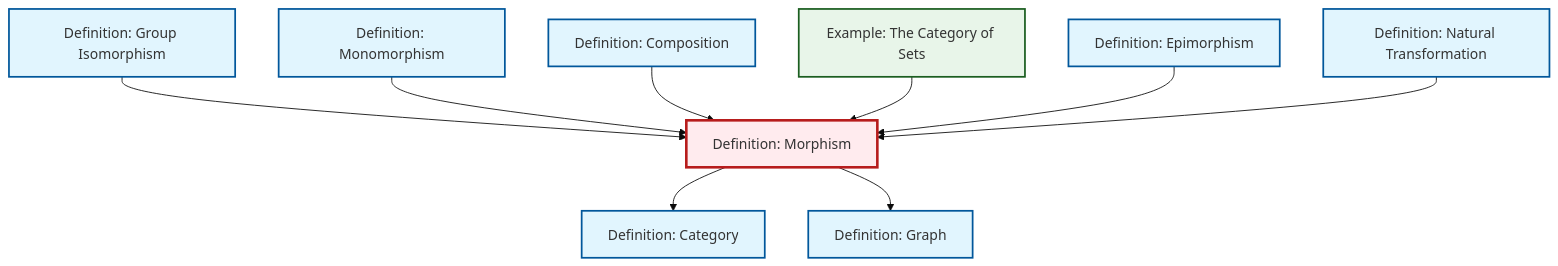
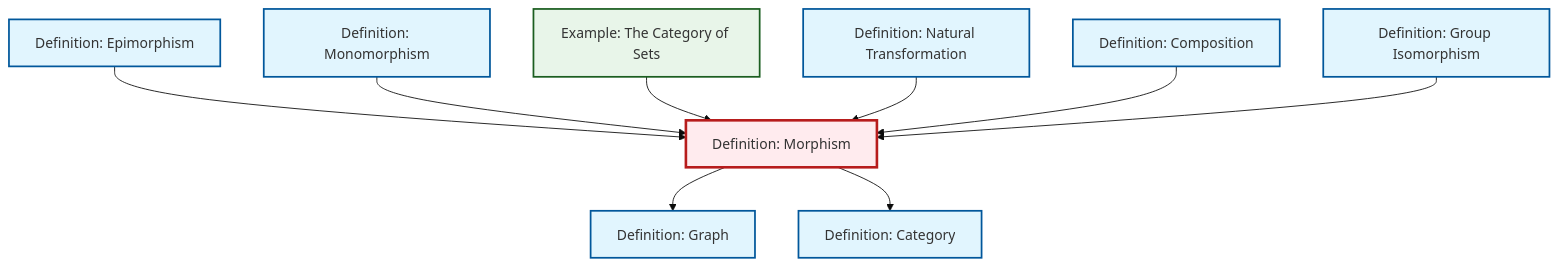
The diagram in content/en/category-theory/def-morphism.qmd (RK0429/ModernMath), drawn with Mermaid (base theme) before and after one commit. The commit also changed other lines of this file and 619 other files, not shown here.

````diff
--- a/content/en/category-theory/def-morphism.qmd
+++ b/content/en/category-theory/def-morphism.qmd
@@ -56,35 +56,35 @@
 ```{mermaid}
 %%| fig-cap: "Local dependency graph"
 graph TD
     classDef definition fill:#e1f5fe,stroke:#01579b,stroke-width:2px
     classDef theorem fill:#f3e5f5,stroke:#4a148c,stroke-width:2px
     classDef axiom fill:#fff3e0,stroke:#e65100,stroke-width:2px
     classDef example fill:#e8f5e9,stroke:#1b5e20,stroke-width:2px
     classDef current fill:#ffebee,stroke:#b71c1c,stroke-width:3px
+    def-composition["Definition: Composition"]:::definition
+    def-monomorphism["Definition: Monomorphism"]:::definition
+    ex-set-category["Example: The Category of Sets"]:::example
+    def-epimorphism["Definition: Epimorphism"]:::definition
+    def-morphism["Definition: Morphism"]:::definition
+    def-isomorphism["Definition: Group Isomorphism"]:::definition
     def-natural-transformation["Definition: Natural Transformation"]:::definition
-    def-epimorphism["Definition: Epimorphism"]:::definition
+    def-graph["Definition: Graph"]:::definition
     def-category["Definition: Category"]:::definition
-    def-isomorphism["Definition: Group Isomorphism"]:::definition
-    def-morphism["Definition: Morphism"]:::definition
-    def-monomorphism["Definition: Monomorphism"]:::definition
-    def-composition["Definition: Composition"]:::definition
-    def-graph["Definition: Graph"]:::definition
-    ex-set-category["Example: The Category of Sets"]:::example
-    def-isomorphism --> def-morphism
+    def-epimorphism --> def-morphism
+    def-morphism --> def-graph
     def-monomorphism --> def-morphism
+    ex-set-category --> def-morphism
+    def-natural-transformation --> def-morphism
     def-composition --> def-morphism
     def-morphism --> def-category
-    ex-set-category --> def-morphism
-    def-morphism --> def-graph
-    def-epimorphism --> def-morphism
-    def-natural-transformation --> def-morphism
+    def-isomorphism --> def-morphism
     class def-morphism current
+    click def-composition "def-composition.html" "Go to Composition definition"
+    click def-monomorphism "def-monomorphism.html" "Go to Monomorphism definition"
+    click ex-set-category "ex-set-category.html" "Go to The Category of Sets example"
+    click def-epimorphism "def-epimorphism.html" "Go to Epimorphism definition"
+    click def-isomorphism "def-isomorphism.html" "Go to Group Isomorphism definition"
     click def-natural-transformation "def-natural-transformation.html" "Go to Natural Transformation definition"
-    click def-epimorphism "def-epimorphism.html" "Go to Epimorphism definition"
+    click def-graph "def-graph.html" "Go to Graph definition"
     click def-category "def-category.html" "Go to Category definition"
-    click def-isomorphism "def-isomorphism.html" "Go to Group Isomorphism definition"
-    click def-monomorphism "def-monomorphism.html" "Go to Monomorphism definition"
-    click def-composition "def-composition.html" "Go to Composition definition"
-    click def-graph "def-graph.html" "Go to Graph definition"
-    click ex-set-category "ex-set-category.html" "Go to The Category of Sets example"
 ```
````
